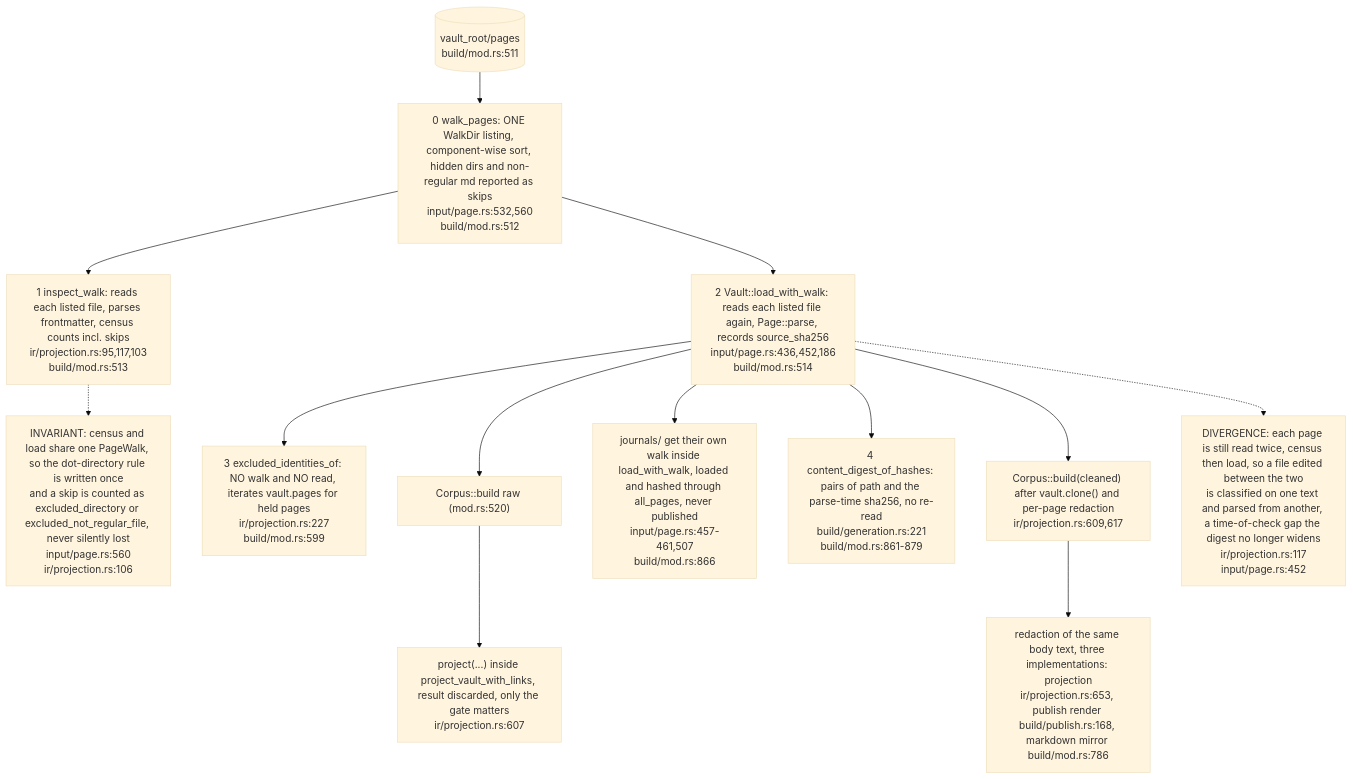
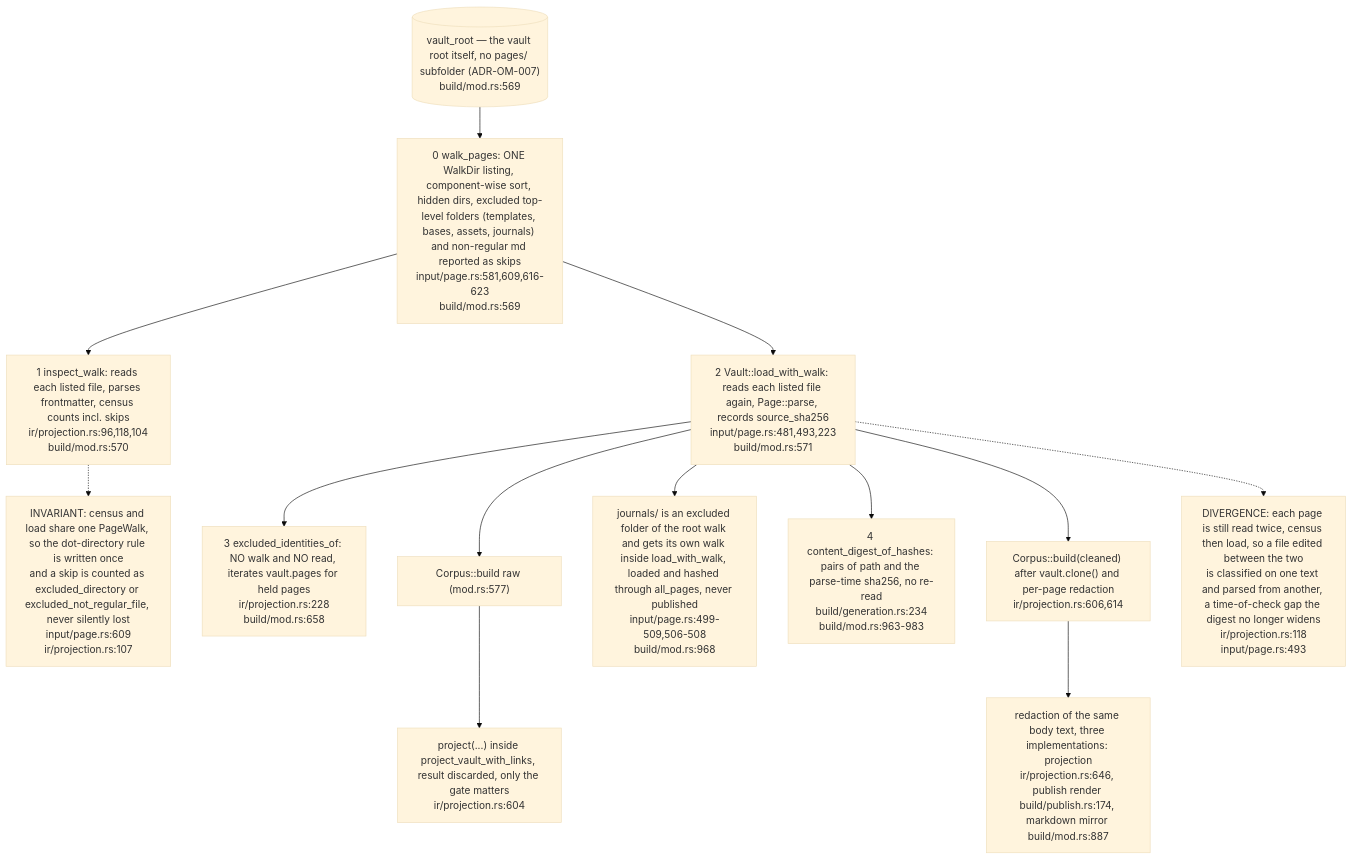
One commit to DreamLab-AI/VisionFlow changed the third of 8 diagrams in docs/diagrams/ontomark/03-build-run-gates-staging-and-generation.md. Above: the diagram before and after it, drawn with Mermaid (base theme). The commit also changed other lines of this file and 160 other files, not shown here.

````diff
--- a/docs/diagrams/ontomark/03-build-run-gates-staging-and-generation.md
+++ b/docs/diagrams/ontomark/03-build-run-gates-staging-and-generation.md
@@ -108,28 +113,28 @@
 ```mermaid
 flowchart TD
-    DIR[("vault_root/pages<br/>build/mod.rs:511")]
-    WK["0 walk_pages: ONE WalkDir listing, component-wise sort, hidden dirs and non-regular md reported as skips<br/>input/page.rs:532,560<br/>build/mod.rs:512"]
-    W1["1 inspect_walk: reads each listed file, parses frontmatter, census counts incl. skips<br/>ir/projection.rs:95,117,103<br/>build/mod.rs:513"]
-    W2["2 Vault::load_with_walk: reads each listed file again, Page::parse, records source_sha256<br/>input/page.rs:436,452,186<br/>build/mod.rs:514"]
-    W3["3 excluded_identities_of: NO walk and NO read, iterates vault.pages for held pages<br/>ir/projection.rs:227<br/>build/mod.rs:599"]
-    W4["4 content_digest_of_hashes: pairs of path and the parse-time sha256, no re-read<br/>build/generation.rs:221<br/>build/mod.rs:861-879"]
-    J["journals/ get their own walk inside load_with_walk, loaded and hashed through all_pages, never published<br/>input/page.rs:457-461,507<br/>build/mod.rs:866"]
-    C1["Corpus::build raw (mod.rs:520)"]
-    C2["project(...) inside project_vault_with_links, result discarded, only the gate matters<br/>ir/projection.rs:607"]
-    C3["Corpus::build(cleaned) after vault.clone() and per-page redaction<br/>ir/projection.rs:609,617"]
-    R1["redaction of the same body text, three implementations: projection<br/>ir/projection.rs:653, publish render build/publish.rs:168, markdown mirror build/mod.rs:786"]
-    N1["INVARIANT: census and load share one PageWalk, so the dot-directory rule is written once<br/>and a skip is counted as excluded_directory or excluded_not_regular_file, never silently lost<br/>input/page.rs:560<br/>ir/projection.rs:106"]
-    N2["DIVERGENCE: each page is still read twice, census then load, so a file edited between the two<br/>is classified on one text and parsed from another, a time-of-check gap the digest no longer widens<br/>ir/projection.rs:117<br/>input/page.rs:452"]
+    DIR[("vault_root — the vault root itself, no pages/ subfolder (ADR-OM-007)<br/>build/mod.rs:569")]
+    WK["0 walk_pages: ONE WalkDir listing, component-wise sort, hidden dirs, excluded top-level folders (templates, bases, assets, journals) and non-regular md reported as skips<br/>input/page.rs:581,609,616-623<br/>build/mod.rs:569"]
+    W1["1 inspect_walk: reads each listed file, parses frontmatter, census counts incl. skips<br/>ir/projection.rs:96,118,104<br/>build/mod.rs:570"]
+    W2["2 Vault::load_with_walk: reads each listed file again, Page::parse, records source_sha256<br/>input/page.rs:481,493,223<br/>build/mod.rs:571"]
+    W3["3 excluded_identities_of: NO walk and NO read, iterates vault.pages for held pages<br/>ir/projection.rs:228<br/>build/mod.rs:658"]
+    W4["4 content_digest_of_hashes: pairs of path and the parse-time sha256, no re-read<br/>build/generation.rs:234<br/>build/mod.rs:963-983"]
+    J["journals/ is an excluded folder of the root walk and gets its own walk inside load_with_walk, loaded and hashed through all_pages, never published<br/>input/page.rs:499-509,506-508<br/>build/mod.rs:968"]
+    C1["Corpus::build raw (mod.rs:577)"]
+    C2["project(...) inside project_vault_with_links, result discarded, only the gate matters<br/>ir/projection.rs:604"]
+    C3["Corpus::build(cleaned) after vault.clone() and per-page redaction<br/>ir/projection.rs:606,614"]
+    R1["redaction of the same body text, three implementations: projection<br/>ir/projection.rs:646, publish render build/publish.rs:174, markdown mirror build/mod.rs:887"]
+    N1["INVARIANT: census and load share one PageWalk, so the dot-directory rule is written once<br/>and a skip is counted as excluded_directory or excluded_not_regular_file, never silently lost<br/>input/page.rs:609<br/>ir/projection.rs:107"]
+    N2["DIVERGENCE: each page is still read twice, census then load, so a file edited between the two<br/>is classified on one text and parsed from another, a time-of-check gap the digest no longer widens<br/>ir/projection.rs:118<br/>input/page.rs:493"]
     DIR --> WK
     WK --> W1
     WK --> W2
     W2 --> W3
     W2 --> C1
     W2 --> J
     W2 --> W4
     C1 --> C2
     W2 --> C3
     C3 --> R1
     W1 -.-> N1
     W2 -.-> N2
 ```
````
